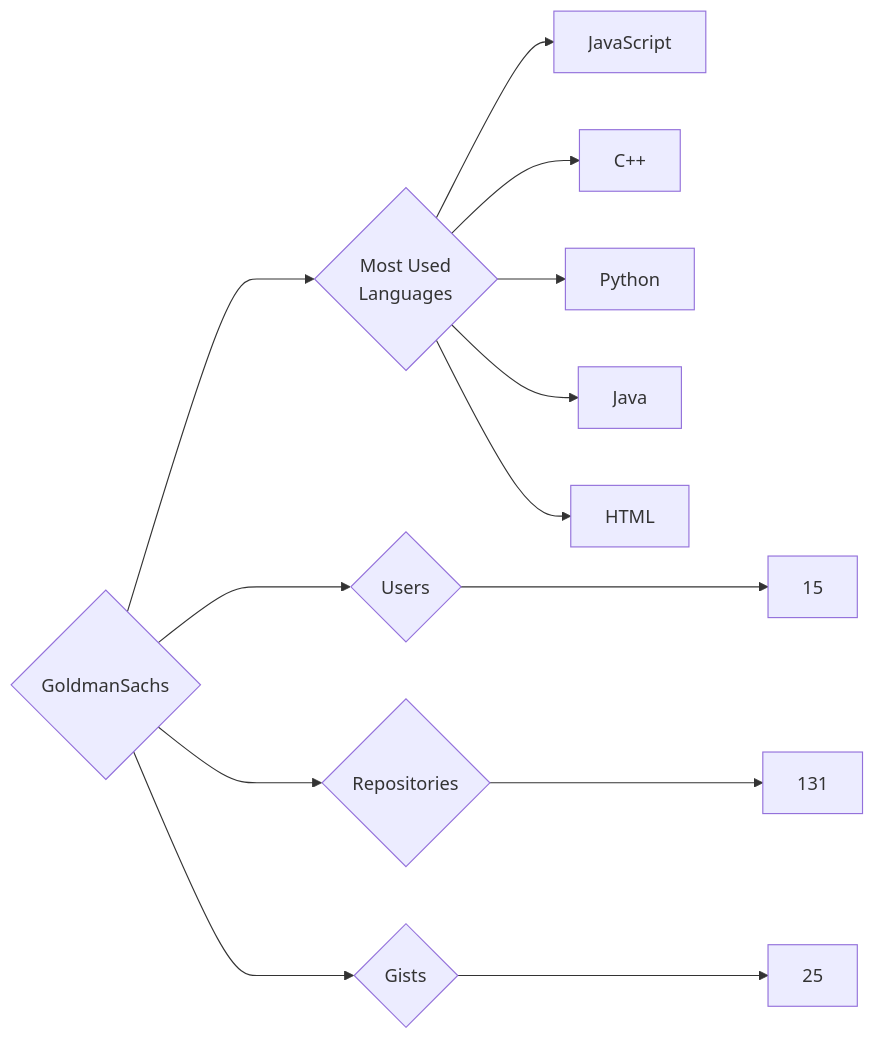
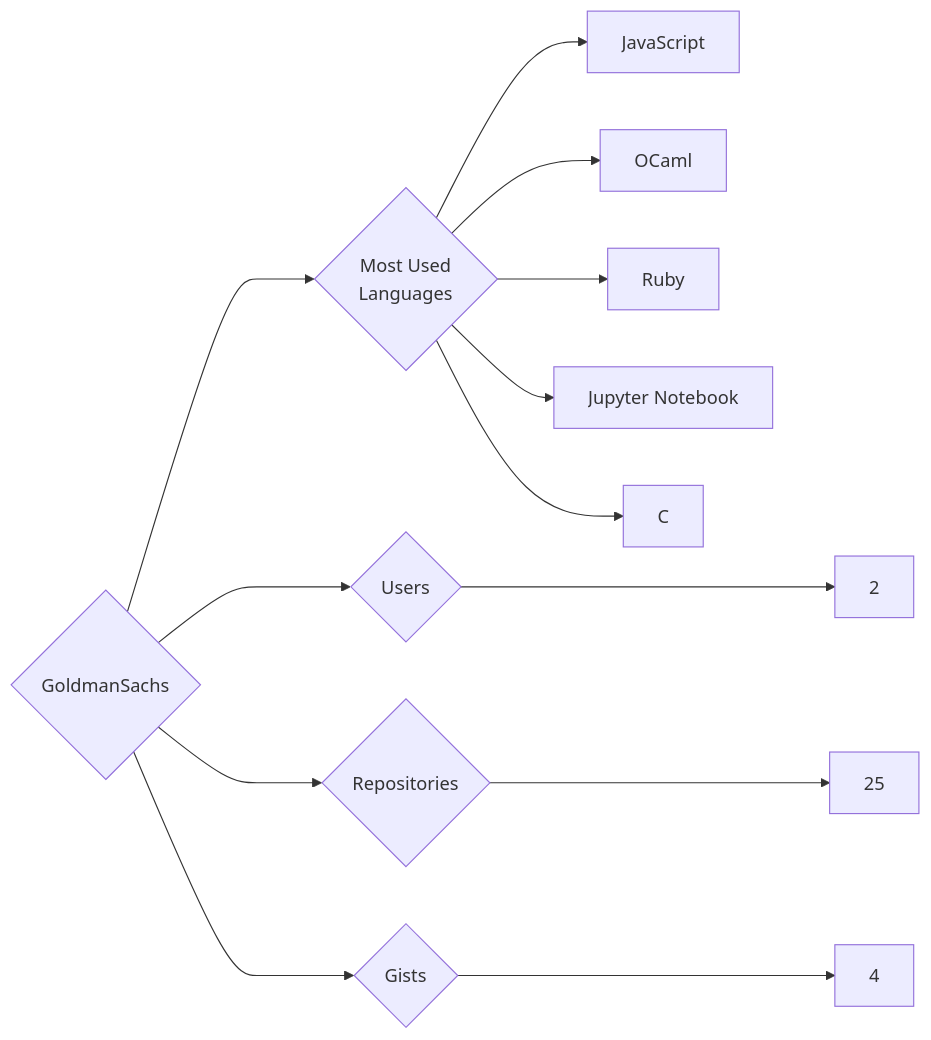
One commit to trickest/insiders changed the diagram in targets/GoldmanSachs/README.md. Above: the diagram before and after it, drawn with Mermaid. The commit also changed 860 other files, not shown here.

````diff
--- a/targets/GoldmanSachs/README.md
+++ b/targets/GoldmanSachs/README.md
@@ -3,13 +3,13 @@
 ```mermaid
 graph LR
 COMPANY_NAME{GoldmanSachs}
-COMPANY_NAME ---> U{Users} ---> UN[15]
-COMPANY_NAME ---> R{Repositories} ---> RN[131]
-COMPANY_NAME ---> G{Gists} ---> GN[25]
+COMPANY_NAME ---> U{Users} ---> UN[2]
+COMPANY_NAME ---> R{Repositories} ---> RN[25]
+COMPANY_NAME ---> G{Gists} ---> GN[4]
 COMPANY_NAME ---> ML{Most Used<br>Languages}
 ML --> JavaScript[JavaScript]
-ML --> C++[C++]
-ML --> Python[Python]
-ML --> Java[Java]
-ML --> HTML[HTML]
+ML --> OCaml[OCaml]
+ML --> Ruby[Ruby]
+ML --> Jupyter_Notebook[Jupyter Notebook]
+ML --> C[C]
 ```
````
